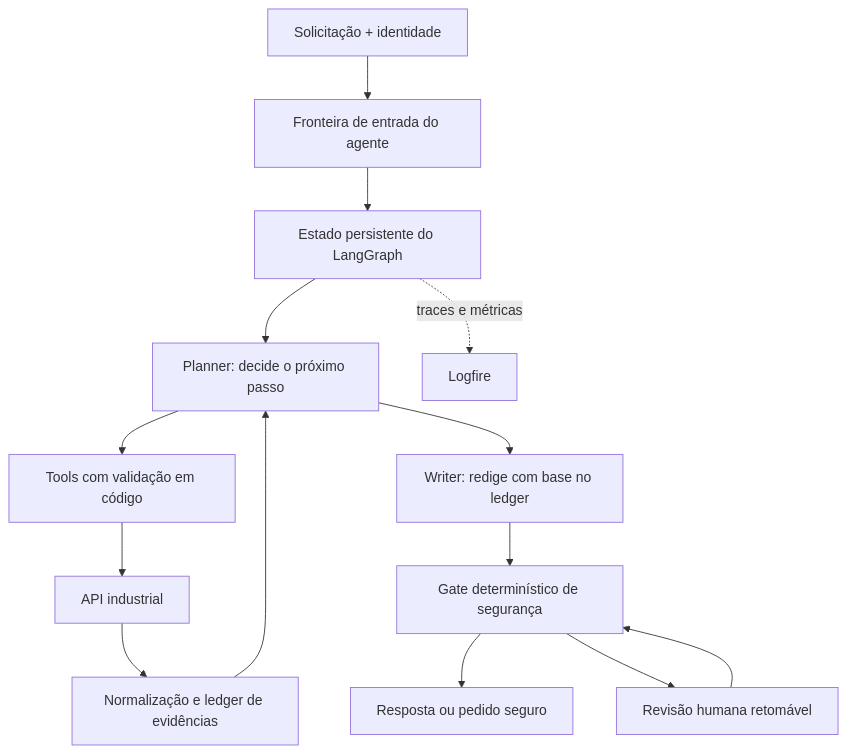
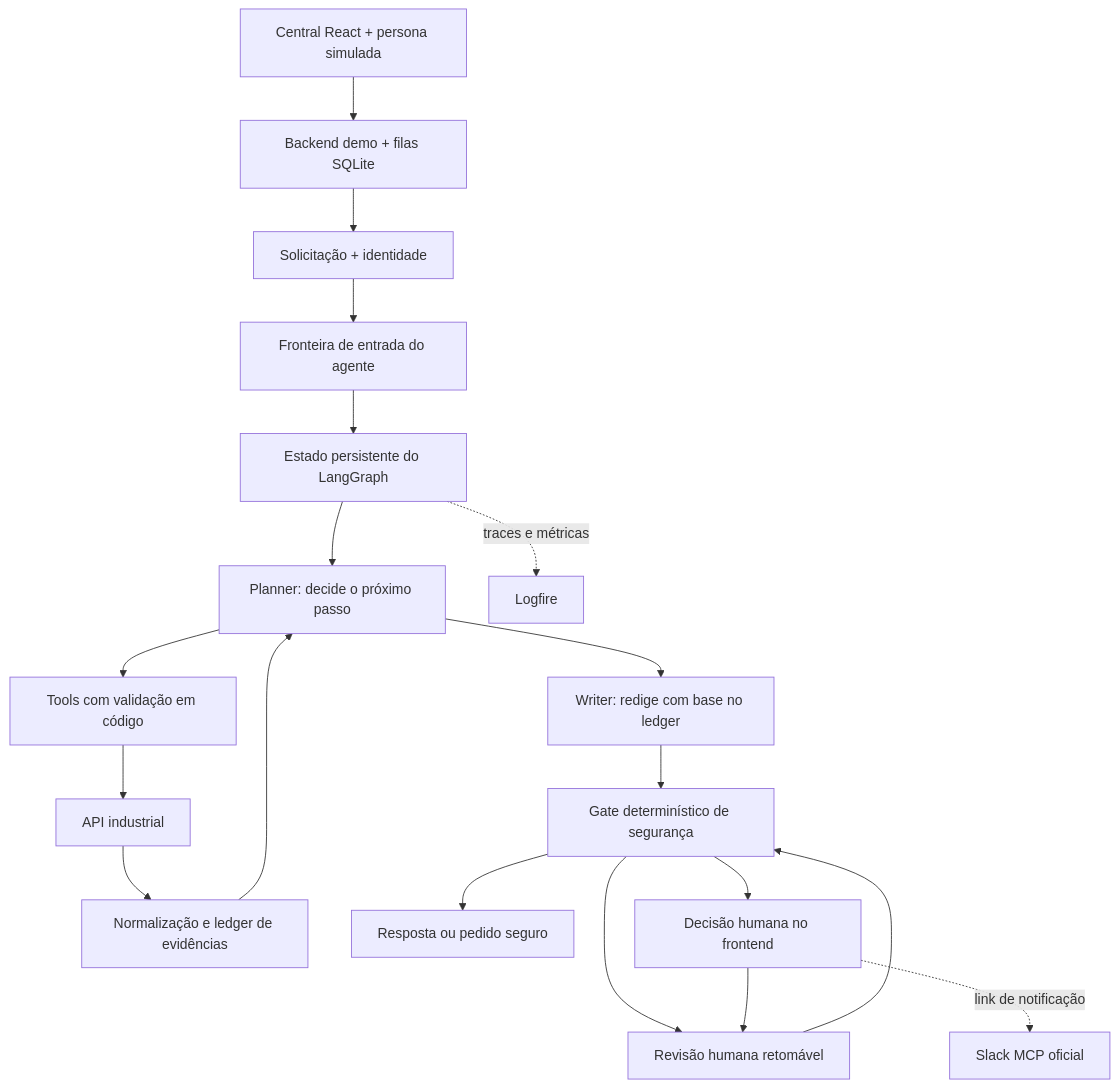
Before and after one commit to leeunam/case-TRACTIAN-IA: the first of 2 diagrams in README.md, drawn with Mermaid. The commit also changed other lines of this file and 89 other files, not shown here.

First line of the commit message:
feat(platform): integra decisões, Slack MCP e fallback de providers

````diff
--- a/README.md
+++ b/README.md
@@ -21,16 +21,21 @@
 ```mermaid
 flowchart TD
-    A[Solicitação + identidade] --> B[Fronteira de entrada do agente]
+    UI[Central React + persona simulada] --> DEMO[Backend demo + filas SQLite]
+    DEMO --> A[Solicitação + identidade]
+    A --> B[Fronteira de entrada do agente]
     B --> C[Estado persistente do LangGraph]
     C --> D[Planner: decide o próximo passo]
     D --> E[Tools com validação em código]
     E --> F[API industrial]
     F --> G[Normalização e ledger de evidências]
     G --> D
     D --> H[Writer: redige com base no ledger]
     H --> I[Gate determinístico de segurança]
     I --> J[Resposta ou pedido seguro]
     I --> L[Revisão humana retomável]
     L --> I
+    I --> Q[Decisão humana no frontend]
+    Q --> L
+    Q -. link de notificação .-> S[Slack MCP oficial]
     C -. traces e métricas .-> K[Logfire]
 ```
````
